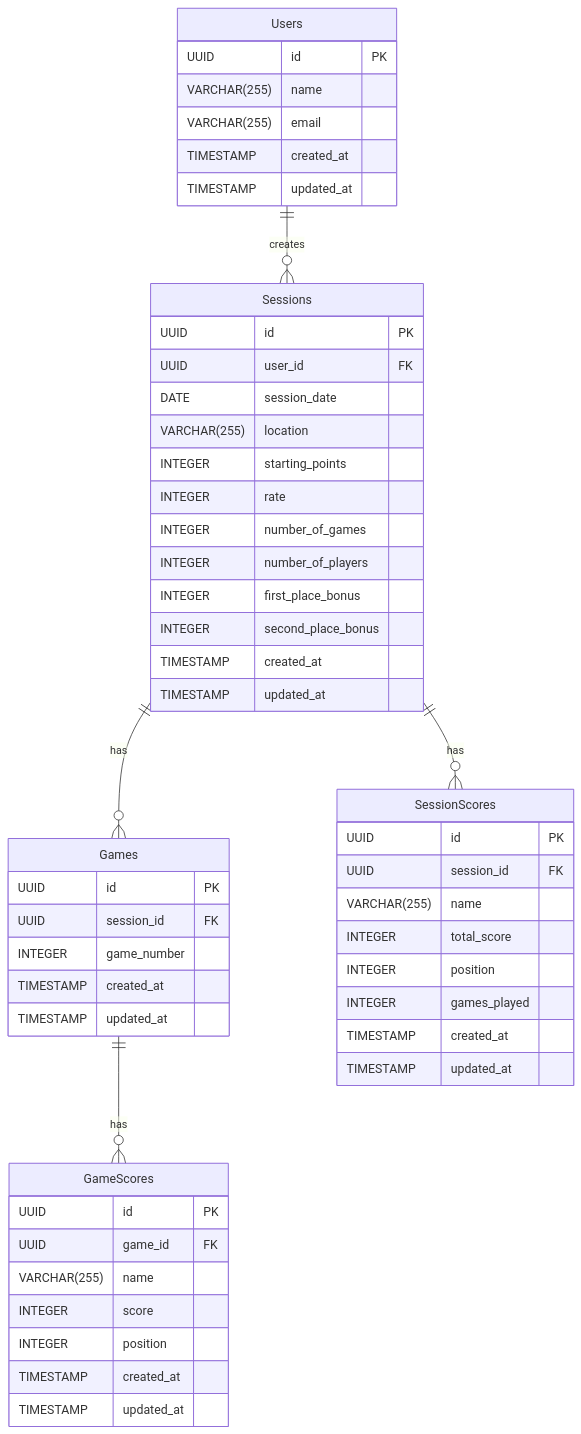
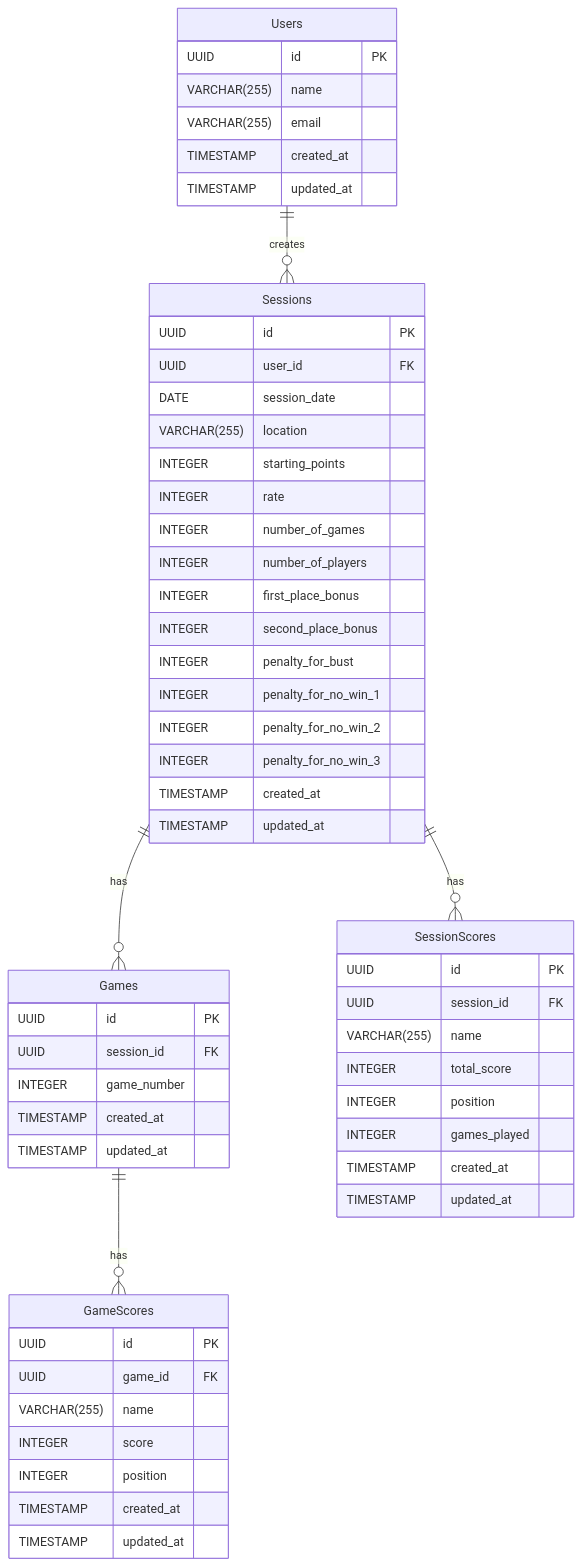
One commit to yamashin01/mahjong changed the diagram in docs/specification.md. Above: the diagram before and after it, drawn with Mermaid. The commit also changed other lines of this file and 5 other files, not shown here.

````diff
--- a/docs/specification.md
+++ b/docs/specification.md
@@ -28,59 +28,63 @@
 ```mermaid
 erDiagram
     Users ||--o{ Sessions : creates
     Sessions ||--o{ Games : has
     Sessions ||--o{ SessionScores : has
     Games ||--o{ GameScores : has
 
     Users {
         UUID id PK
         VARCHAR(255) name
         VARCHAR(255) email
         TIMESTAMP created_at
         TIMESTAMP updated_at
     }
 
     Sessions {
         UUID id PK
         UUID user_id FK
         DATE session_date
         VARCHAR(255) location
         INTEGER starting_points
         INTEGER rate
         INTEGER number_of_games
         INTEGER number_of_players
         INTEGER first_place_bonus
         INTEGER second_place_bonus
+        INTEGER penalty_for_bust
+        INTEGER penalty_for_no_win_1
+        INTEGER penalty_for_no_win_2
+        INTEGER penalty_for_no_win_3
         TIMESTAMP created_at
         TIMESTAMP updated_at
     }
 
     SessionScores {
         UUID id PK
         UUID session_id FK
         VARCHAR(255) name
         INTEGER total_score
         INTEGER position
         INTEGER games_played
         TIMESTAMP created_at
         TIMESTAMP updated_at
     }
 
     Games {
         UUID id PK
         UUID session_id FK
         INTEGER game_number
         TIMESTAMP created_at
         TIMESTAMP updated_at
     }
 
     GameScores {
         UUID id PK
         UUID game_id FK
         VARCHAR(255) name
         INTEGER score
         INTEGER position
         TIMESTAMP created_at
         TIMESTAMP updated_at
     }
 ```
````
